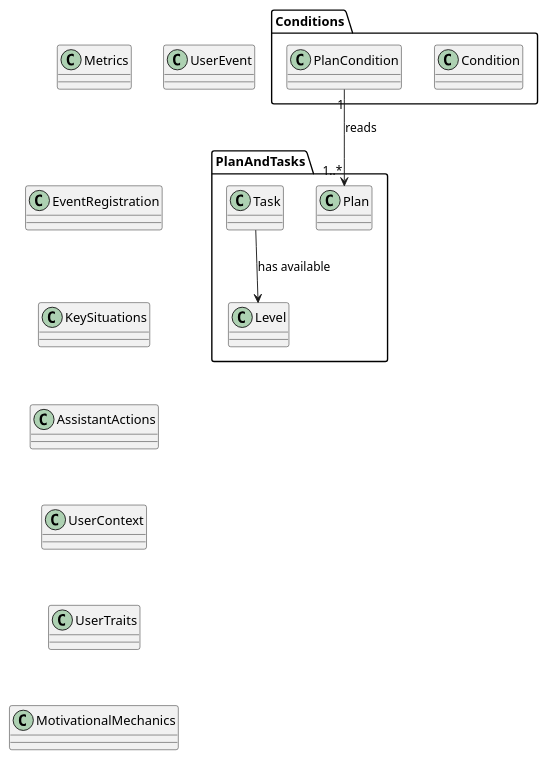
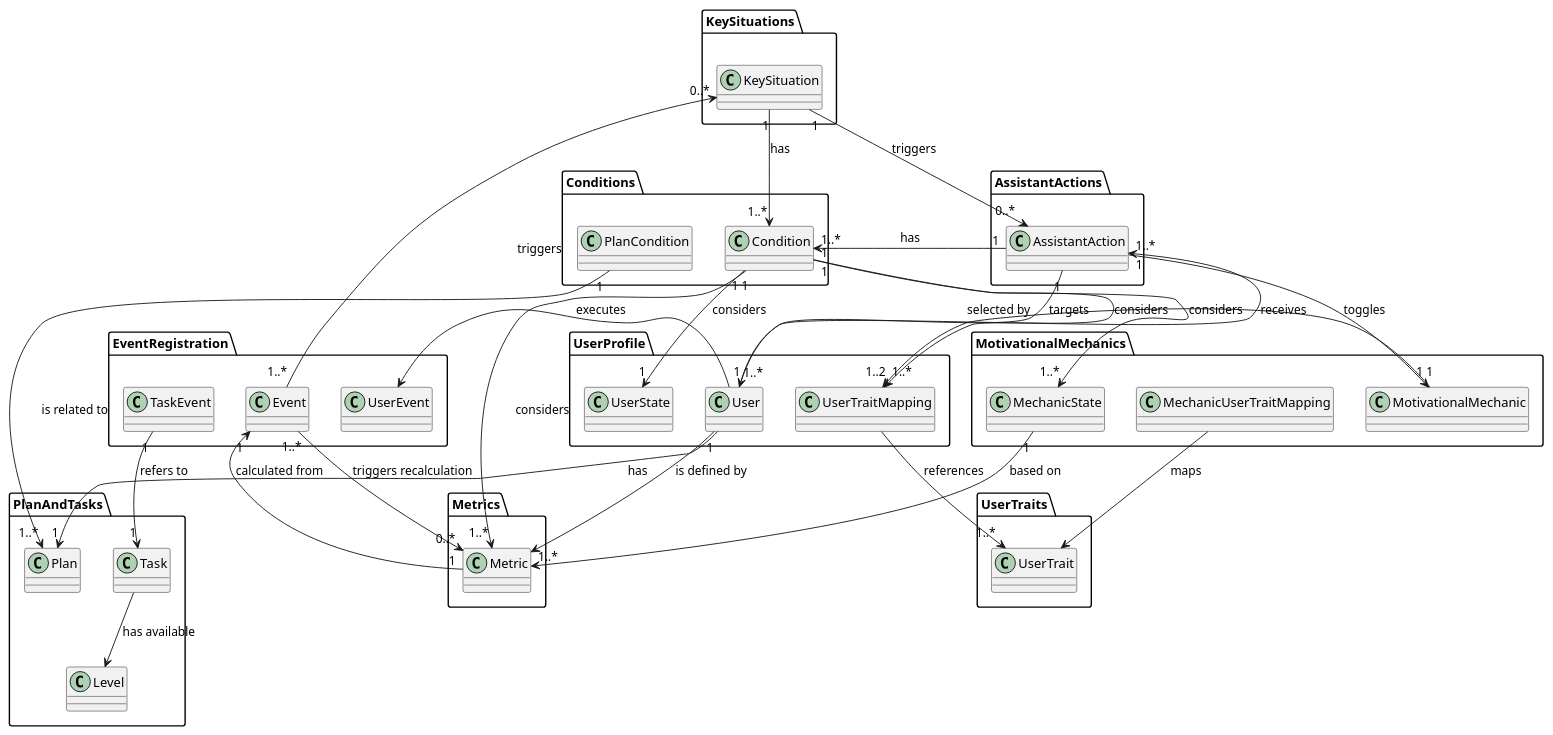
Before and after one commit to Maks-stack/ontology: the diagram in UML/relationships.puml, drawn with PlantUML. The commit also changed 53 other files, not shown here.

```diff
--- a/UML/relationships.puml
+++ b/UML/relationships.puml
@@ -1,48 +1,38 @@
-@startuml
-Metrics -[hidden]-> EventRegistration
-EventRegistration -[hidden]-> KeySituations
-KeySituations -[hidden]-> AssistantActions
-AssistantActions -[hidden]-> UserContext
-UserContext -[hidden]-> UserTraits
-UserTraits -[hidden]-> MotivationalMechanics
 
-MotivationalMechanics.MotivationalMechanic "1" --> "1..2" UserContext.UserTraitWeight : selected_by
+MotivationalMechanics.MotivationalMechanic "1" --> "1..2" UserProfile.UserTraitMapping : "selected by"
 
 AssistantActions.AssistantAction "1" --> "1" MotivationalMechanics.MotivationalMechanic : toggles
-AssistantActions.AssistantAction "1" --> "1..*" UserContext.User : targets
+AssistantActions.AssistantAction "1" --> "1..*" UserProfile.User : targets
 
 EventRegistration.Event "1..*" --> "0..*" KeySituations.KeySituation : triggers
 
-EventRegistration.Event "1..*" --> "0..*" Metrics.Metric : triggers recalculation
-Metrics.Metric "1" --> "1" EventRegistration.Event   : calculated from
+UserProfile.UserTraitMapping --> "1..*" UserTraits.UserTrait : references
+MotivationalMechanics.MechanicUserTraitMapping --> UserTraits.UserTrait : maps
+
+EventRegistration.Event "1..*" --> "0..*" Metrics.Metric : "triggers recalculation"
+Metrics.Metric "1" --> "1" EventRegistration.Event : "calculated from"
 
 KeySituations.KeySituation "1" --> "0..*" AssistantActions.AssistantAction : triggers
 
-UserContext.UserTraitWeight "1" --> "1..*" UserTraits.UserTrait : references
-UserContext.User "1" --> "1..*" AssistantActions.AssistantAction : receives
-UserContext.User --> Metrics.Metric : has
+UserProfile.User "1" --> "1..*" AssistantActions.AssistantAction : receives
+UserProfile.User --> Metrics.Metric : "is defined by"
 
-UserContext.User "1" --> "1" PlanAndTasks.Plan : has
+UserProfile.User "1" --> "1" PlanAndTasks.Plan : has
 
-EventRegistration.TaskEvent "1" --> "1" PlanAndTasks.Task : refers
+EventRegistration.TaskEvent "1" --> "1" PlanAndTasks.Task : "refers to"
 PlanAndTasks.Task --> PlanAndTasks.Level : "has available"
 
-MotivationalMechanics.MotivationalMechanic "1" --> "1" Metrics.Metric : is_determined_by
-
-MotivationalMechanics.Usertrait_Mechanic_Mapping.Level_and_Experience_Point_System_to_Player --> UserTraits.Player : maps
-MotivationalMechanics.Usertrait_Mechanic_Mapping.Level_and_Experience_Point_System_to_Player --> MotivationalMechanics.Level_and_Experience_Point_System : maps
-
-User --> UserEvent : executes
-
-MotivationalMechanics.MotivationalMechanic "1" --> "1" Metrics.Metric : reads
+UserProfile.User --> EventRegistration.UserEvent : executes
 
 AssistantActions.AssistantAction "1" --> "1..*" Conditions.Condition : has
 
-Conditions.Condition "1" --> "1..*" Metrics.Metric : reads
-Conditions.PlanCondition "1" --> "1..*" PlanAndTasks.Plan : reads
+KeySituations.KeySituation "1" --> "1..*" Conditions.Condition : has
 
-Conditions.Condition "1" --> "1..*" UserContext.UserTraitWeight : considers
-Conditions.Condition "1" --> "1" UserContext.UserState : considers
+Conditions.Condition "1" --> "1..*" Metrics.Metric : considers
+Conditions.Condition "1" --> "1..*" MotivationalMechanics.MechanicState : considers
+Conditions.PlanCondition "1" --> "1..*" PlanAndTasks.Plan : "is related to"
 
-MotivationalMechanics.MechanicState --> Metrics.Metric : based on
-@enduml
+Conditions.Condition "1" --> "1..*" UserProfile.UserTraitMapping : considers
+Conditions.Condition "1" --> "1" UserProfile.UserState : considers
+
+MotivationalMechanics.MechanicState "1" --> "1..*" Metrics.Metric : based on
```
